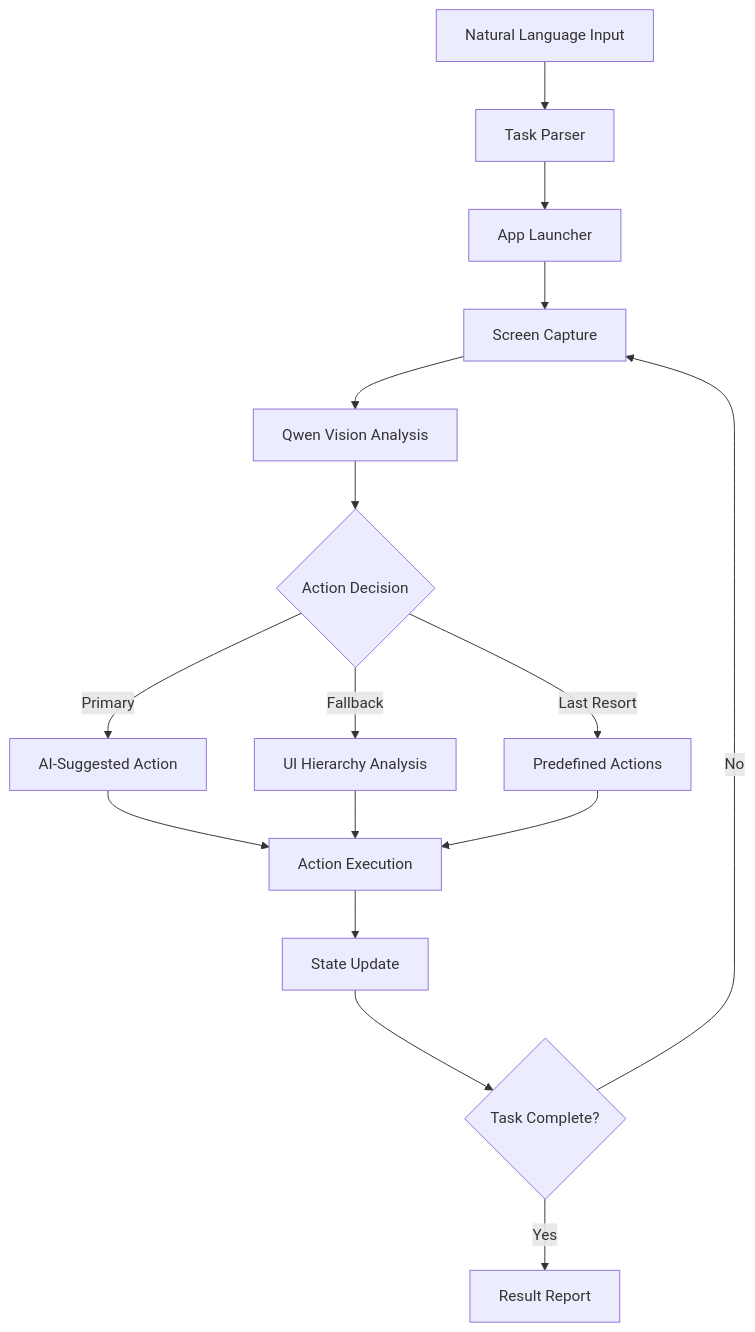
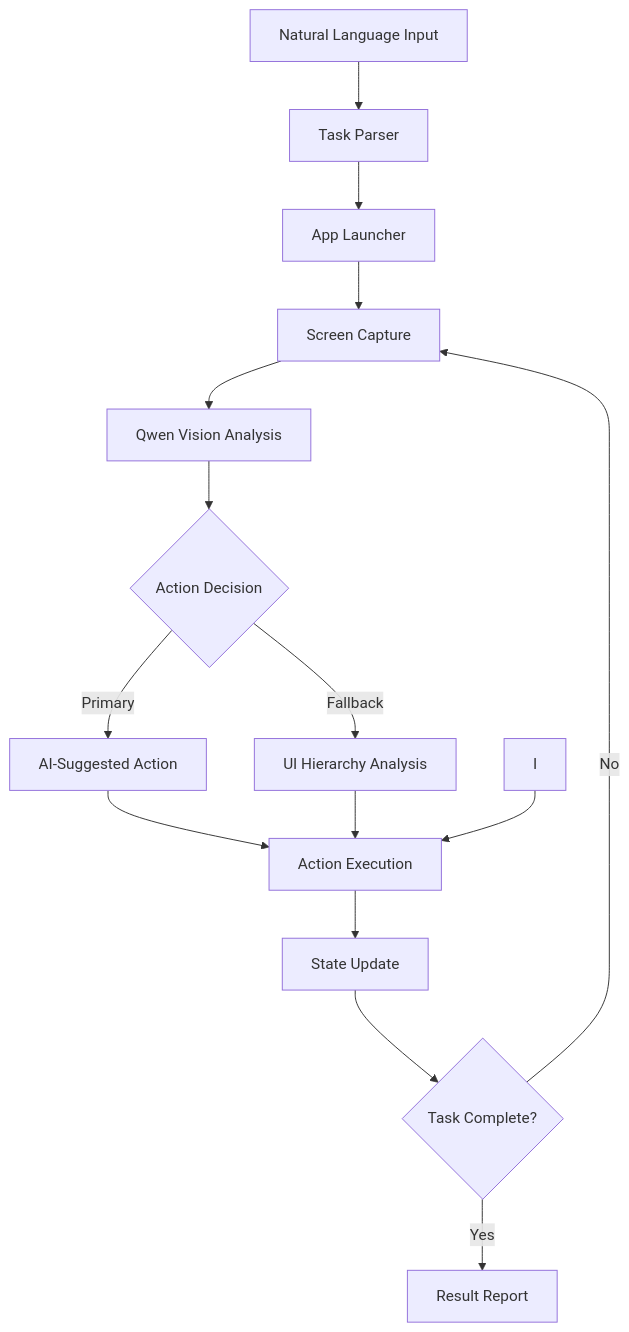
The diagram in README.md (MogilipalemHemanthKumar/Intelligent_Mobile_Agent), drawn with Mermaid before and after one commit.

````diff
--- a/README.md
+++ b/README.md
@@ -37,18 +37,17 @@
 ```mermaid
 graph TD
     A[Natural Language Input] --> B[Task Parser]
     B --> C[App Launcher]
     C --> D[Screen Capture]
     D --> E[Qwen Vision Analysis]
     E --> F{Action Decision}
     F -->|Primary| G[AI-Suggested Action]
     F -->|Fallback| H[UI Hierarchy Analysis]
-    F -->|Last Resort| I[Predefined Actions]
     G --> J[Action Execution]
     H --> J
     I --> J
     J --> K[State Update]
     K --> L{Task Complete?}
     L -->|No| D
     L -->|Yes| M[Result Report]
 ```
````
